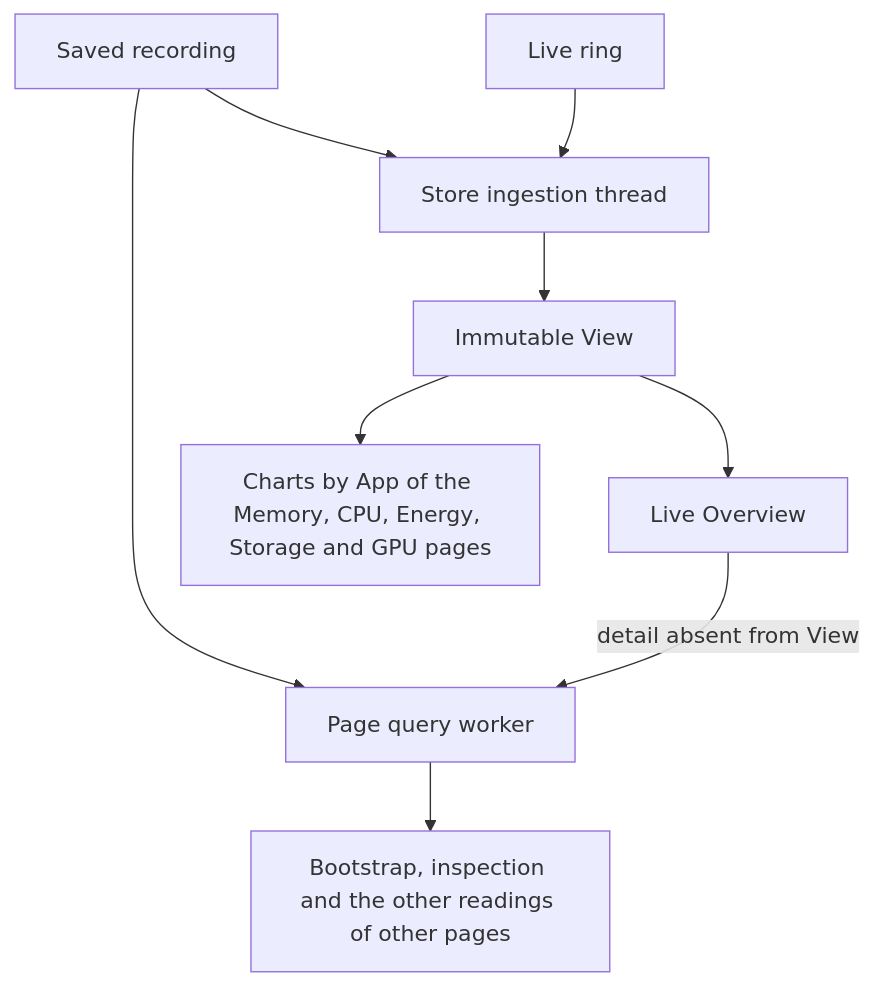
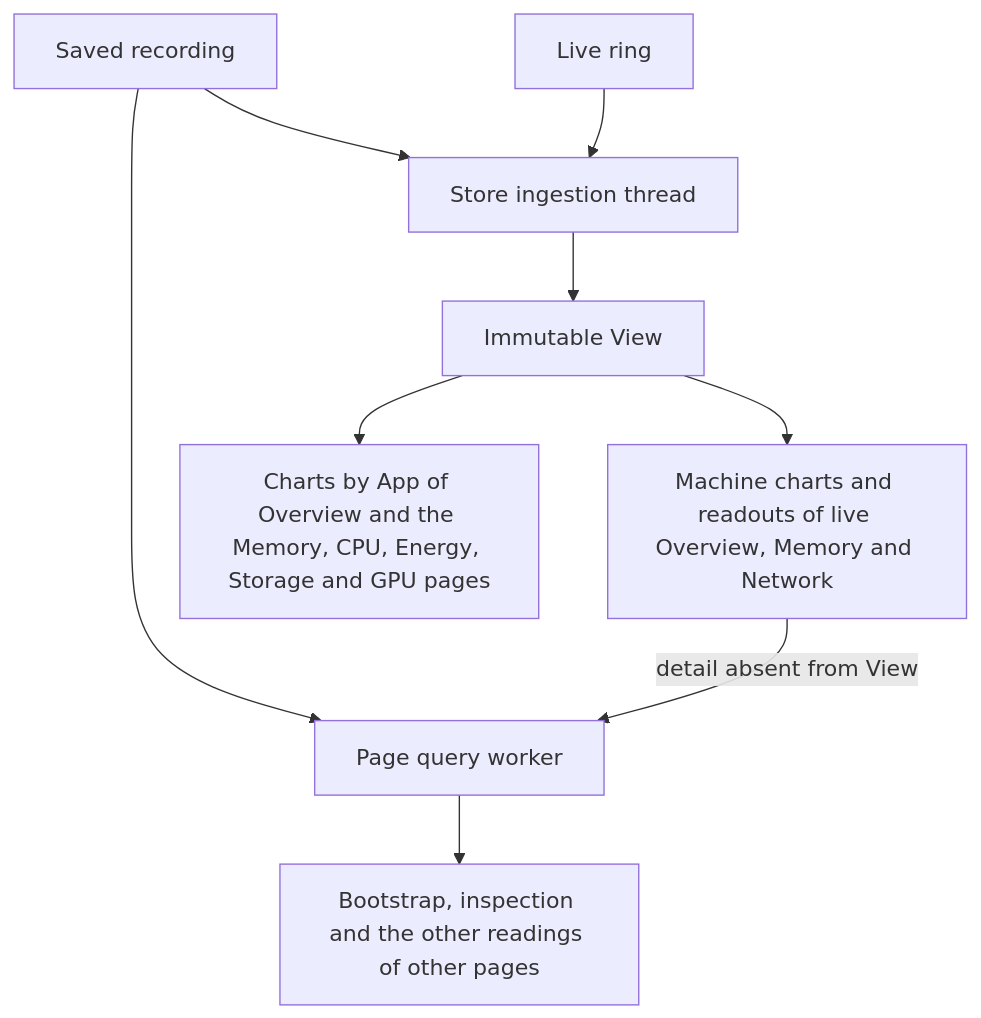
One commit to joaofnds/flightdeck changed the second of 3 diagrams in docs/architecture.md. Above: the diagram before and after it, drawn with Mermaid. The commit also changed other lines of this file and 2 other files, not shown here.

First line of the commit message:
describe memory and network as pages drawn from the store's view

````diff
--- a/docs/architecture.md
+++ b/docs/architecture.md
@@ -128,11 +128,11 @@
 ```mermaid
 flowchart TD
     Saved[Saved recording] --> Store[Store ingestion thread]
     Ring[Live ring] --> Store
     Saved --> Worker[Page query worker]
     Store --> View[Immutable View]
-    View --> Overview[Live Overview]
-    View --> AppCharts[Charts by App of the Memory, CPU, Energy, Storage and GPU pages]
+    View --> Machine[Machine charts and readouts of live Overview, Memory and Network]
+    View --> AppCharts[Charts by App of Overview and the Memory, CPU, Energy, Storage and GPU pages]
     Worker --> Pages[Bootstrap, inspection and the other readings of other pages]
-    Overview -->|detail absent from View| Worker
+    Machine -->|detail absent from View| Worker
 ```
````
